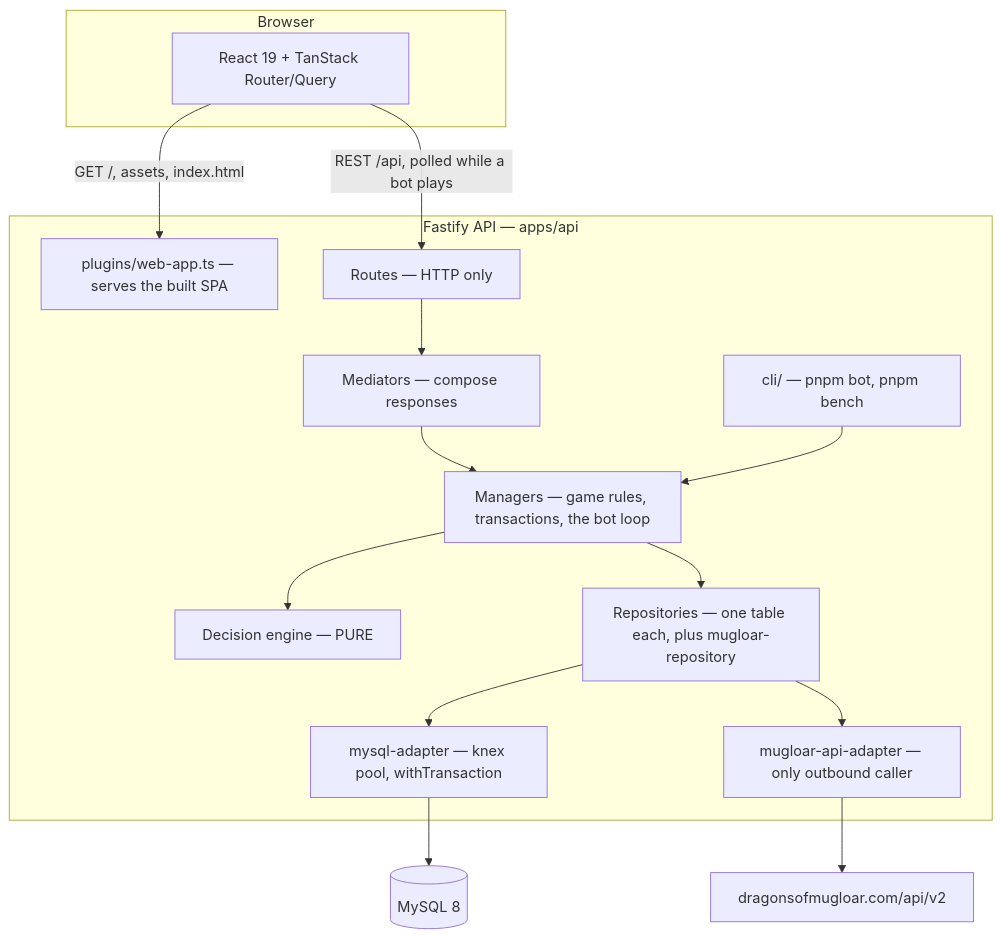
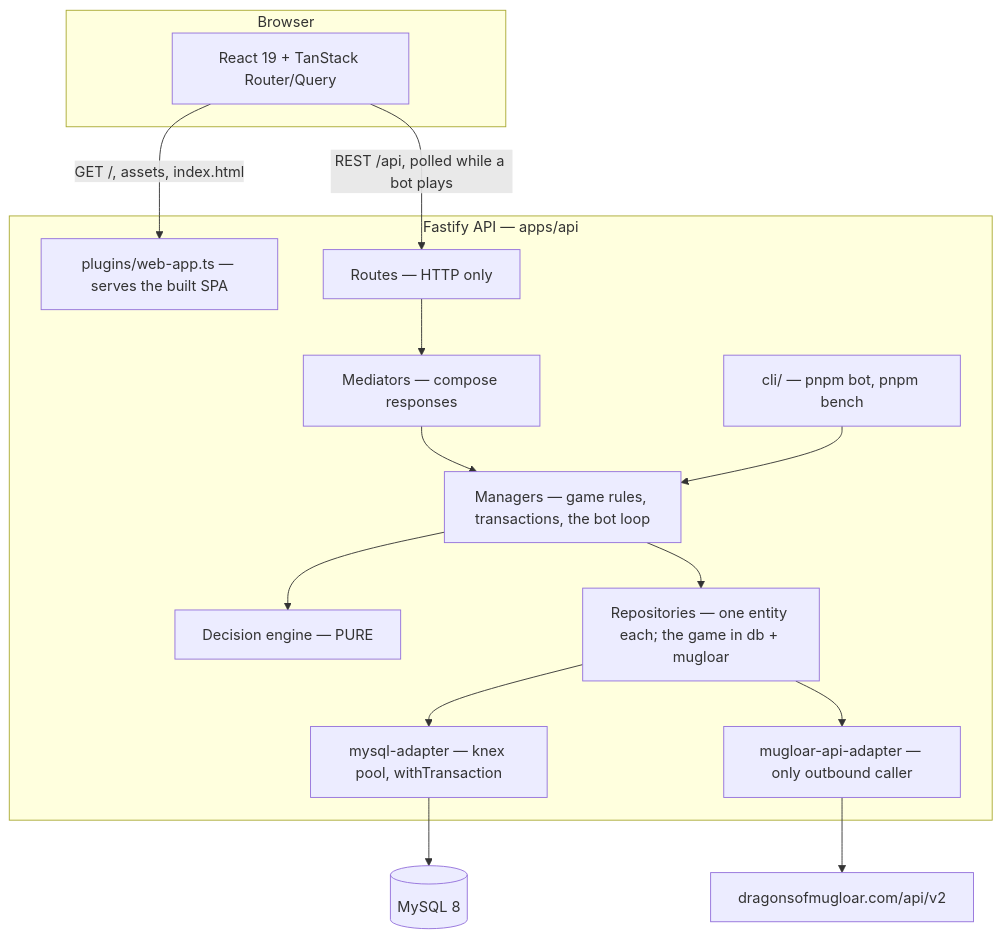
The diagram in docs/agent_docs/architecture.md (eazygood/dragons_game), drawn with Mermaid before and after one commit. The commit also changed other lines of this file and 48 other files, not shown here.

First line of the commit message:
DRGN-19: game-repository folder, one repository per manager

````diff
--- a/docs/agent_docs/architecture.md
+++ b/docs/agent_docs/architecture.md
@@ -9,30 +9,30 @@
 ```mermaid
 flowchart TB
     subgraph browser["Browser"]
         UI["React 19 + TanStack Router/Query"]
     end
 
     subgraph api["Fastify API — apps/api"]
         WEB["plugins/web-app.ts — serves the built SPA"]
         R["Routes — HTTP only"]
         CLI["cli/ — pnpm bot, pnpm bench"]
         MED["Mediators — compose responses"]
         MAN["Managers — game rules, transactions, the bot loop"]
         ENG["Decision engine — PURE"]
-        REPO["Repositories — one table each, plus mugloar-repository"]
+        REPO["Repositories — one entity each; the game in db + mugloar"]
         MYA["mysql-adapter — knex pool, withTransaction"]
         ADP["mugloar-api-adapter — only outbound caller"]
     end
 
     DB[("MySQL 8")]
     EXT["dragonsofmugloar.com/api/v2"]
 
     UI -->|"GET /, assets, index.html"| WEB
     UI -->|"REST /api, polled while a bot plays"| R
     R --> MED --> MAN
     CLI --> MAN
     MAN --> ENG
     MAN --> REPO
     REPO --> MYA --> DB
     REPO --> ADP --> EXT
 ```
````
